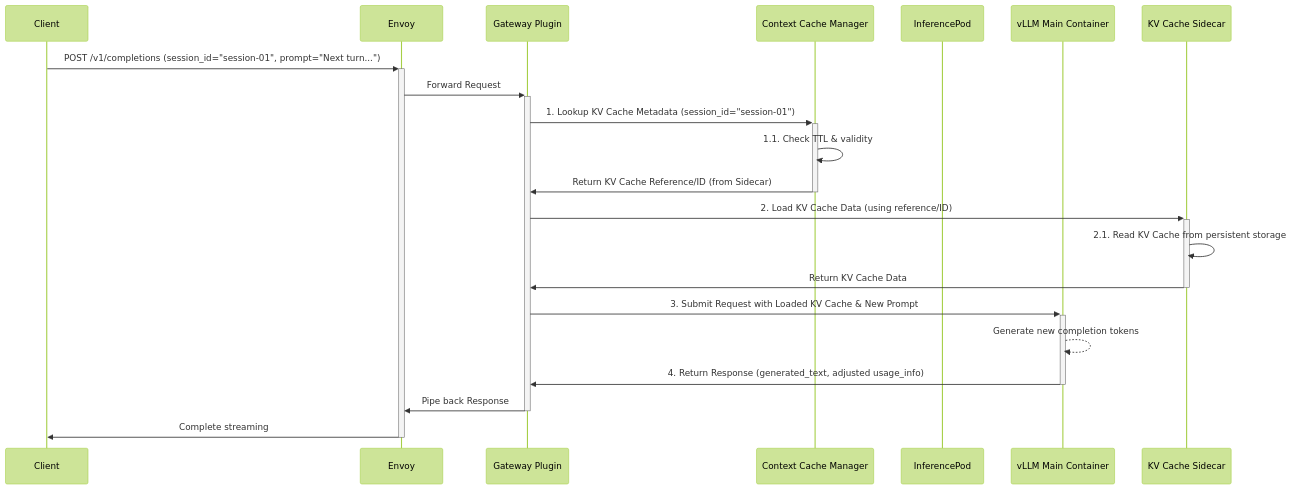
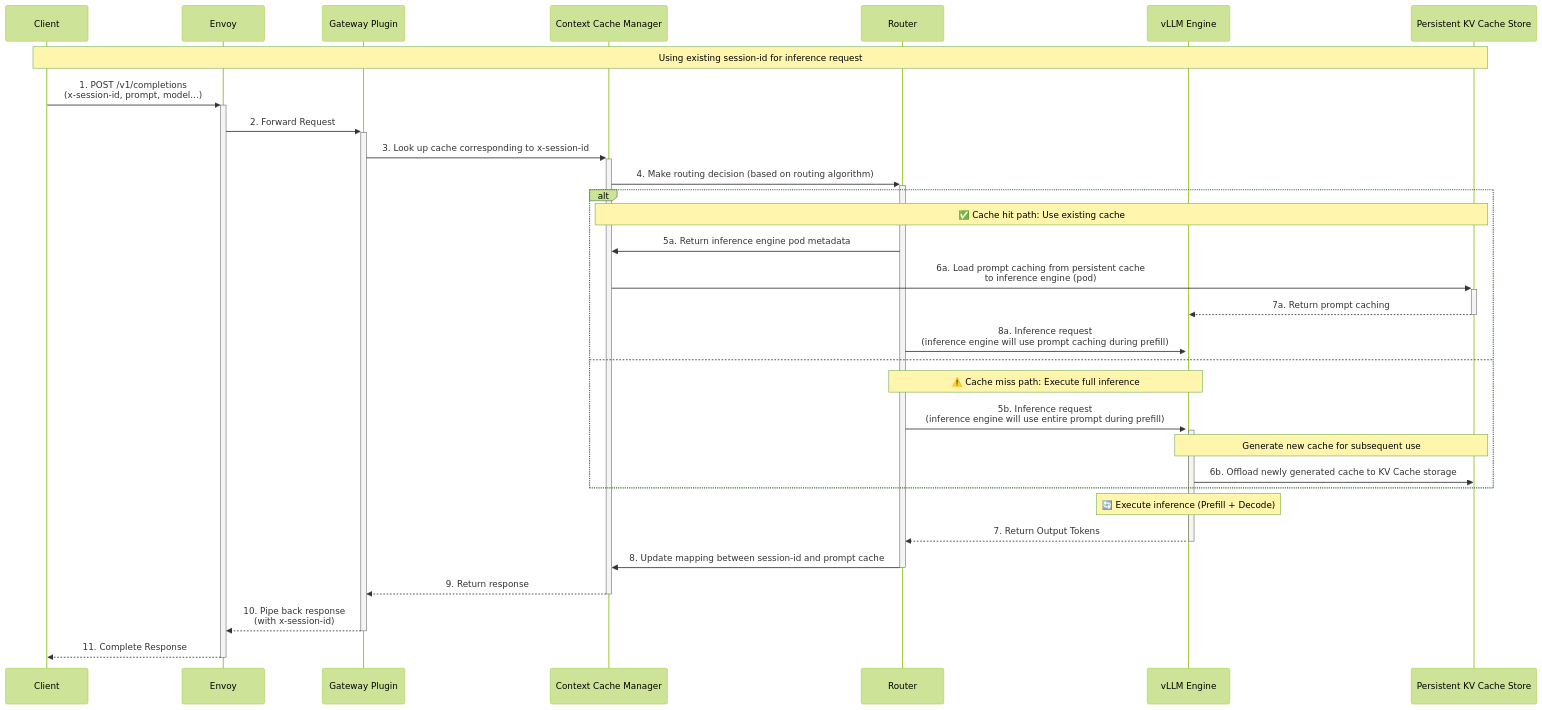
One commit to vllm-project/aibrix changed the second of 2 diagrams in design/ep-1248.md. Above: the diagram before and after it, drawn with Mermaid (forest theme). The commit also changed other lines of this file, not shown here.

````diff
--- a/design/ep-1248.md
+++ b/design/ep-1248.md
@@ -86,24 +94,37 @@
 ```mermaid
 sequenceDiagram
     participant C as Client
     participant E as Envoy
     participant G as Gateway Plugin
     participant R as Context Cache Manager
-    participant IP as InferencePod
-    participant V as vLLM Main Container
-    participant S as KV Cache Sidecar
+    participant T as Router
+    participant V as vLLM Engine
+    participant S as Persistent KV Cache Store
 
-    C->>+E: POST /v1/completions (session_id="session-01", prompt="Next turn...")
-    E->>+G: Forward Request
-    G->>+R: 1. Lookup KV Cache Metadata (session_id="session-01")
-    R->>R: 1.1. Check TTL & validity
-    R->>-G: Return KV Cache Reference/ID (from Sidecar)
-    G->>+S: 2. Load KV Cache Data (using reference/ID)
-    S->>S: 2.1. Read KV Cache from persistent storage
-    S->>-G: Return KV Cache Data
-    G->>+V: 3. Submit Request with Loaded KV Cache & New Prompt
-    V-->>V: Generate new completion tokens
-    V->>-G: 4. Return Response (generated_text, adjusted usage_info)
-    G->>-E: Pipe back Response
-    E->>-C: Complete streaming
+    Note over C,S: Using existing session-id for inference request
+    
+    C->>+E: 1. POST /v1/completions<br/>(x-session-id, prompt, model...)
+    E->>+G: 2. Forward Request
+    G->>+R: 3. Look up cache corresponding to x-session-id
+    R->>+T: 4. Make routing decision (based on routing algorithm)
+    
+    alt
+        Note over R,S: ✅ Cache hit path: Use existing cache
+        T->>R: 5a. Return inference engine pod metadata
+        R->>+S: 6a. Load prompt caching from persistent cache<br/>to inference engine (pod)
+        S-->>-V: 7a. Return prompt caching
+        T->>+V: 8a. Inference request<br/>(inference engine will use prompt caching during prefill)
+    else
+        Note over T,V: ⚠️ Cache miss path: Execute full inference
+        T->>+V: 5b. Inference request<br/>(inference engine will use entire prompt during prefill)
+        Note over V,S: Generate new cache for subsequent use
+        V->>S: 6b. Offload newly generated cache to KV Cache storage
+    end
+    
+    Note over V: 🔄 Execute inference (Prefill + Decode)
+    V-->>-T: 7. Return Output Tokens
+    T->>-R: 8. Update mapping between session-id and prompt cache
+    R-->>-G: 9. Return response
+    G-->>-E: 10. Pipe back response<br/>(with x-session-id)
+    E-->>-C: 11. Complete Response
 ```
````
